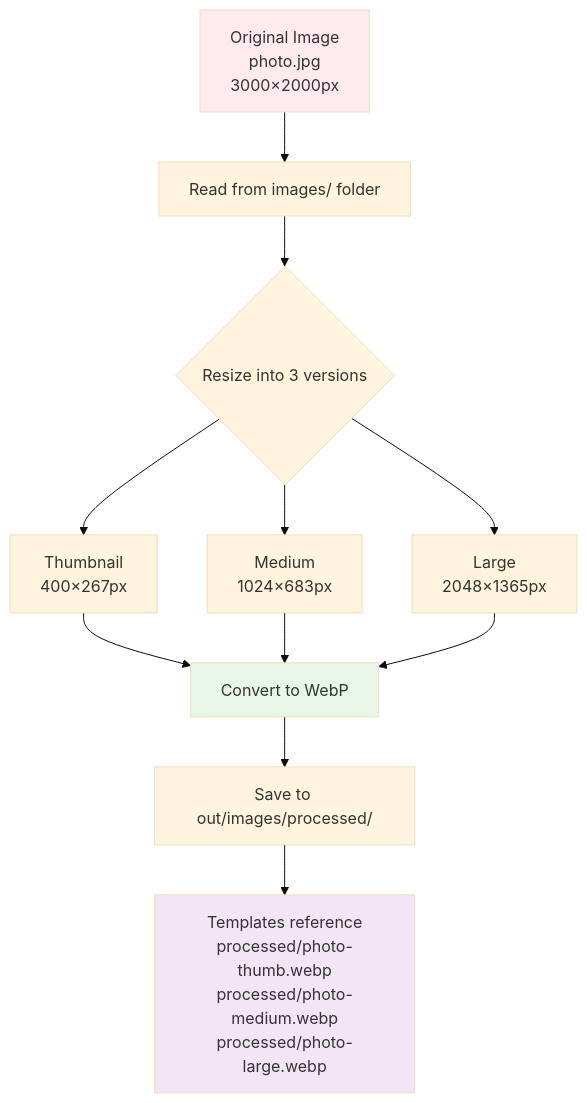
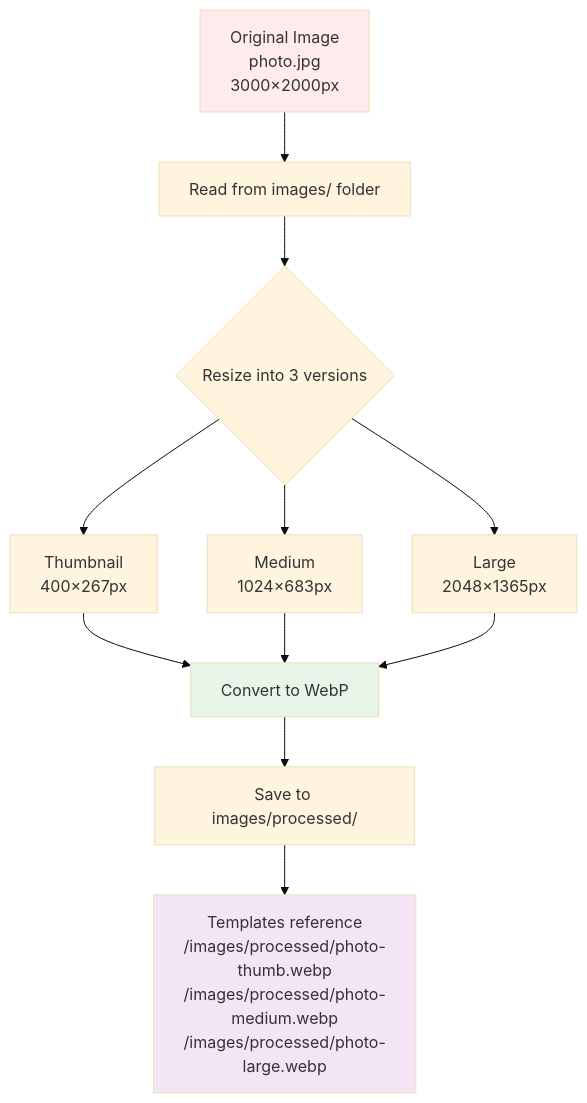
Before and after one commit to commonknowledge/community-climate-justice-archive: the fifth of 6 diagrams in README.md, drawn with Mermaid (base theme). The commit also changed other lines of this file and 8 other files, not shown here.

````diff
--- a/README.md
+++ b/README.md
@@ -186,17 +186,17 @@
 ```mermaid
 graph TB
     A[Original Image<br/>photo.jpg<br/>3000×2000px] --> B[Read from images/ folder]
     B --> C{Resize into 3 versions}
     C --> D[Thumbnail<br/>400×267px]
     C --> E[Medium<br/>1024×683px]
     C --> F[Large<br/>2048×1365px]
     D --> G[Convert to WebP]
     E --> G
     F --> G
-    G --> H[Save to out/images/processed/]
-    H --> I[Templates reference<br/>processed/photo-thumb.webp<br/>processed/photo-medium.webp<br/>processed/photo-large.webp]
+    G --> H[Save to images/processed/]
+    H --> I[Templates reference<br/>/images/processed/photo-thumb.webp<br/>/images/processed/photo-medium.webp<br/>/images/processed/photo-large.webp]
     
     style A fill:#ffebee
     style G fill:#e8f5e9
     style I fill:#f3e5f5
 ```
````
